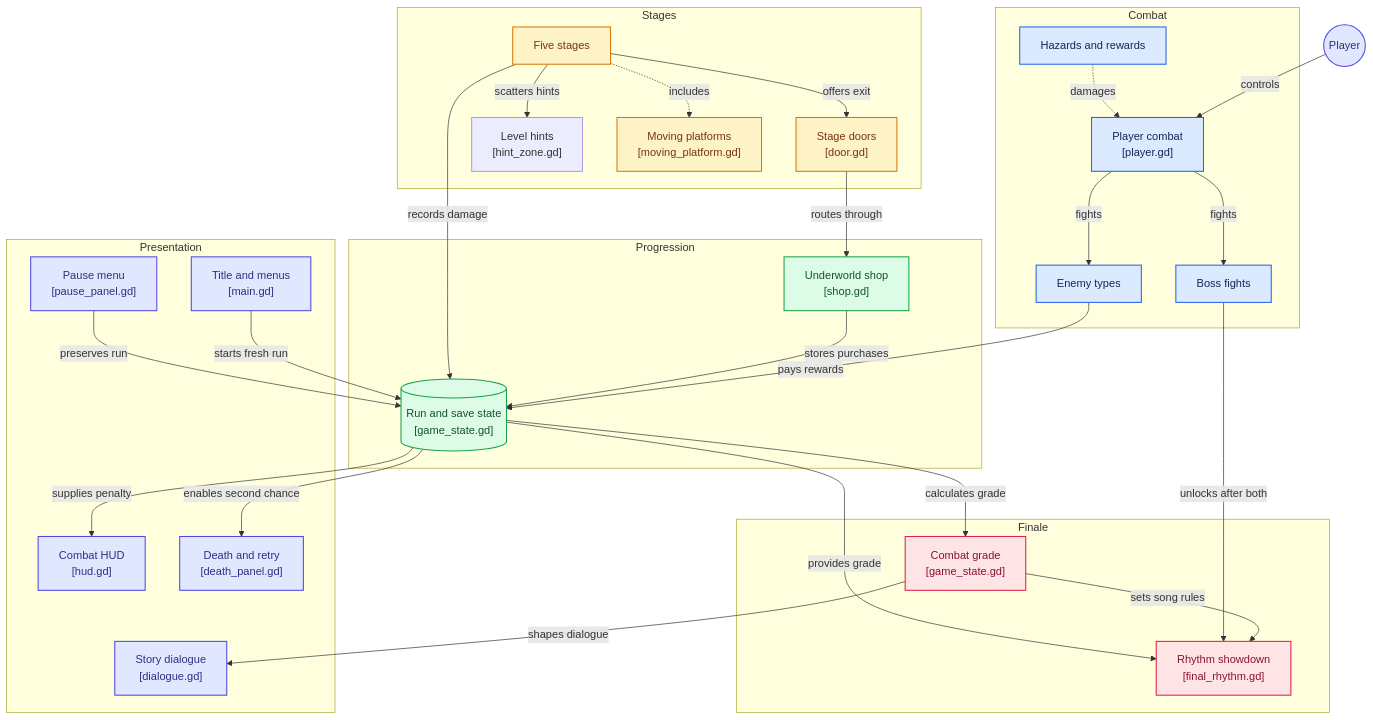
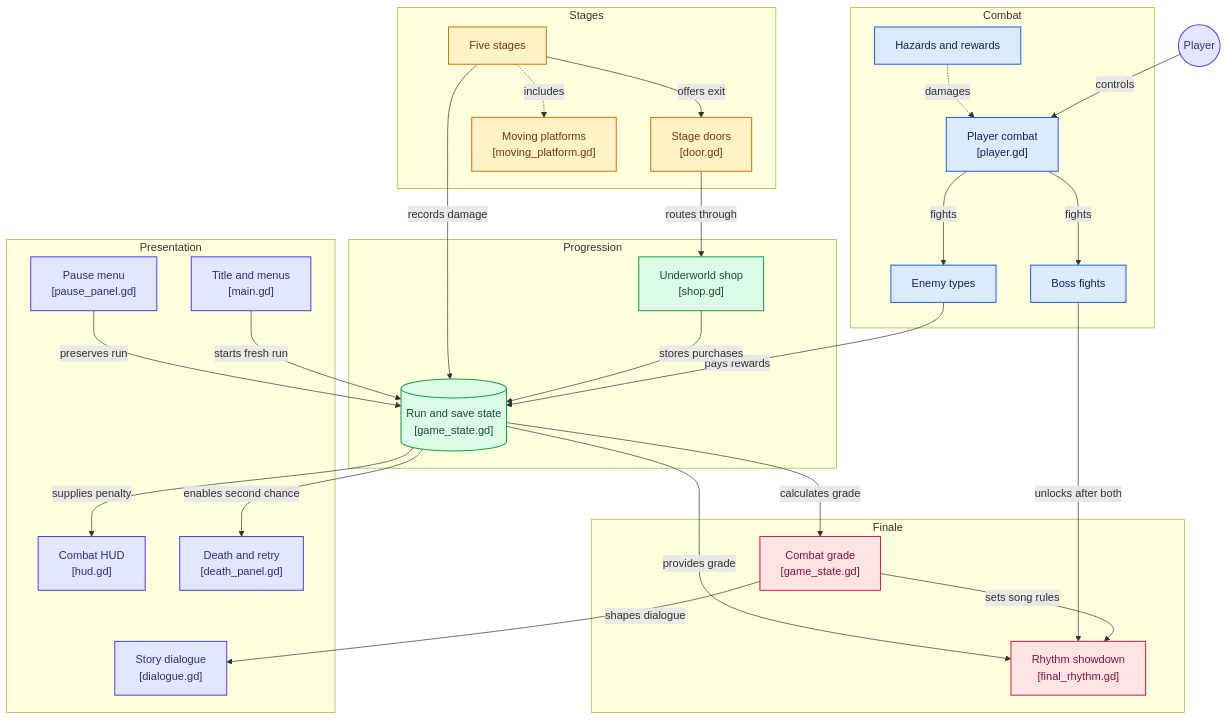
The diagram in README.md (nasiftahmid-ux/Nate_Hopkins_vs._the_underworld), drawn with Mermaid before and after one commit.

Commit message:
Clean up README: remove hint_zone/dev-level-select refs

```diff
--- a/README.md
+++ b/README.md
@@ -94,7 +94,6 @@
 subgraph group_stages["Stages"]
   node_levels["Five stages"]
   node_doors["Stage doors<br/>[door.gd]"]
-  node_hints["Level hints<br/>[hint_zone.gd]"]
   node_platforms["Moving platforms<br/>[moving_platform.gd]"]
 end
 
@@ -125,7 +124,6 @@
 node_levels -->|"offers exit"| node_doors
 node_doors -->|"routes through"| node_shop
 node_shop -->|"stores purchases"| node_game_state
-node_levels -->|"scatters hints"| node_hints
 node_levels -.->|"includes"| node_platforms
 node_items -.->|"damages"| node_player
 node_levels -->|"records damage"| node_game_state
@@ -145,7 +143,6 @@
 click node_items "https://github.com/nasiftahmid-ux/nate_hopkins_vs._the_underworld/tree/main/scenes/items"
 click node_levels "https://github.com/nasiftahmid-ux/nate_hopkins_vs._the_underworld/tree/main/scenes/levels"
 click node_doors "https://github.com/nasiftahmid-ux/nate_hopkins_vs._the_underworld/blob/main/scenes/levels/door.gd"
-click node_hints "https://github.com/nasiftahmid-ux/nate_hopkins_vs._the_underworld/blob/main/scenes/levels/hint_zone.gd"
 click node_platforms "https://github.com/nasiftahmid-ux/nate_hopkins_vs._the_underworld/blob/main/scenes/levels/moving_platform.gd"
 click node_game_state "https://github.com/nasiftahmid-ux/nate_hopkins_vs._the_underworld/blob/main/autoload/game_state.gd"
 click node_shop "https://github.com/nasiftahmid-ux/nate_hopkins_vs._the_underworld/blob/main/scenes/ui/shop.gd"
```
